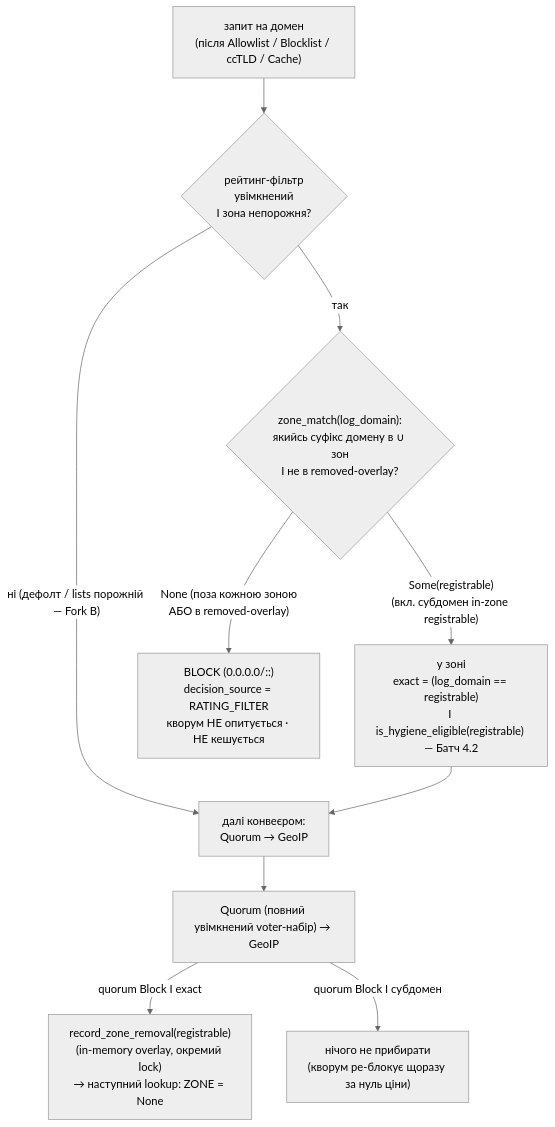
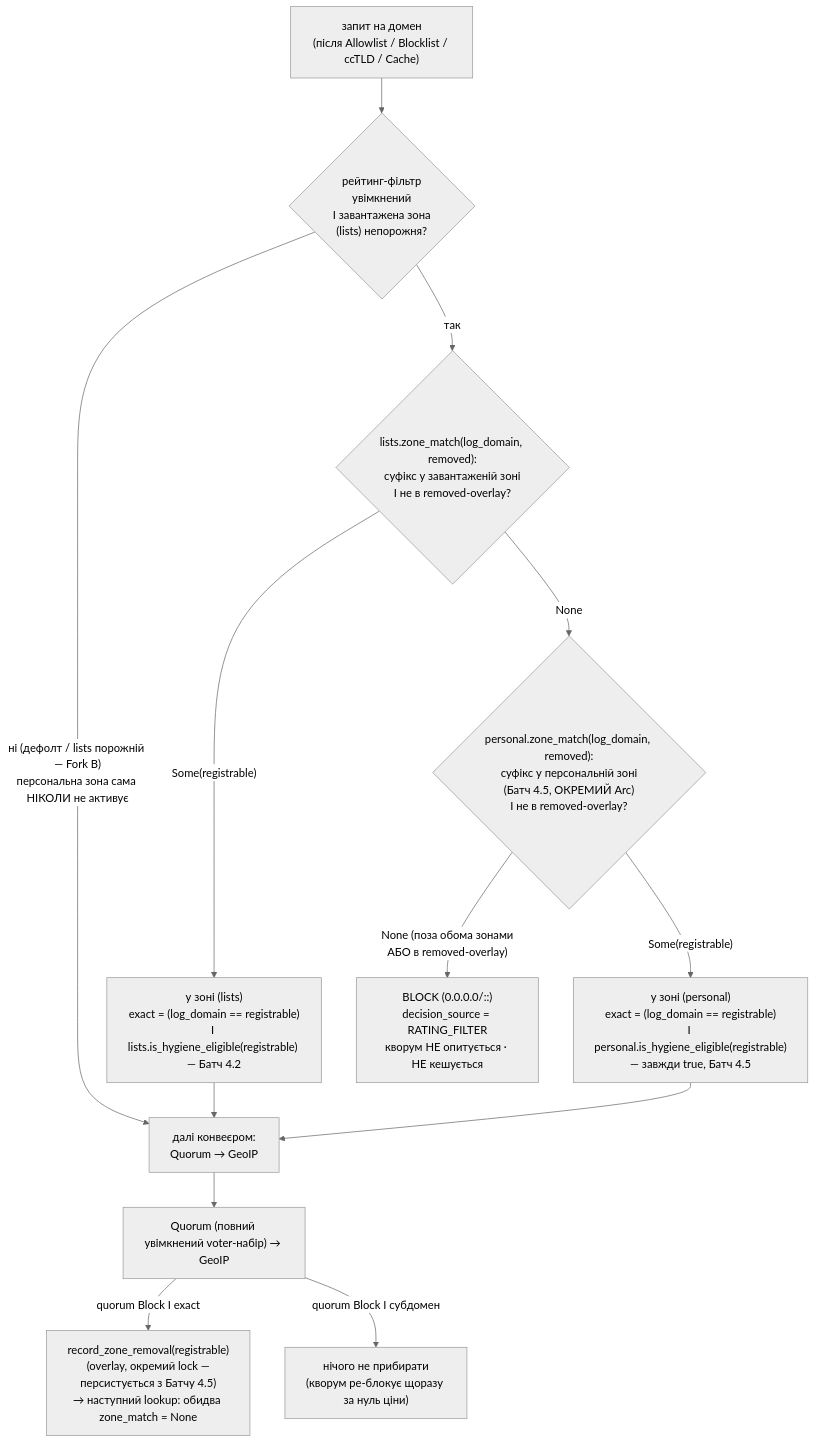
The diagram in diagrams/rating-filter.md (user137/dns-quorum-filter), drawn with Mermaid (neutral theme) before and after one commit. The commit also changed other lines of this file and 9 other files, not shown here.

````diff
--- a/diagrams/rating-filter.md
+++ b/diagrams/rating-filter.md
@@ -65,14 +75,18 @@
 ```mermaid
 flowchart TD
-    Q["запит на домен<br/>(після Allowlist / Blocklist / ccTLD / Cache)"] --> EN{"рейтинг-фільтр<br/>увімкнений<br/>І зона непорожня?"}
-    EN -- "ні (дефолт / lists порожній — Fork B)" --> PASS["далі конвеєром:<br/>Quorum → GeoIP"]
-    EN -- "так" --> ZONE{"zone_match(log_domain):<br/>якийсь суфікс домену в ∪ зон<br/>І не в removed-overlay?"}
+    Q["запит на домен<br/>(після Allowlist / Blocklist / ccTLD / Cache)"] --> EN{"рейтинг-фільтр<br/>увімкнений<br/>І завантажена зона<br/>(lists) непорожня?"}
+    EN -- "ні (дефолт / lists порожній — Fork B)<br/>персональна зона сама НІКОЛИ не активує" --> PASS["далі конвеєром:<br/>Quorum → GeoIP"]
+    EN -- "так" --> ZONE{"lists.zone_match(log_domain, removed):<br/>суфікс у завантаженій зоні<br/>І не в removed-overlay?"}
 
-    ZONE -- "Some(registrable)<br/>(вкл. субдомен in-zone registrable)" --> INZ["у зоні<br/>exact = (log_domain == registrable)<br/>І is_hygiene_eligible(registrable) — Батч 4.2"]
-    ZONE -- "None (поза кожною зоною<br/>АБО в removed-overlay)" --> OUT["BLOCK (0.0.0.0/::)<br/>decision_source = RATING_FILTER<br/>кворум НЕ опитується · НЕ кешується"]
+    ZONE -- "Some(registrable)" --> INZ1["у зоні (lists)<br/>exact = (log_domain == registrable)<br/>І lists.is_hygiene_eligible(registrable) — Батч 4.2"]
+    ZONE -- "None" --> PZONE{"personal.zone_match(log_domain, removed):<br/>суфікс у персональній зоні<br/>(Батч 4.5, ОКРЕМИЙ Arc)<br/>І не в removed-overlay?"}
 
-    INZ --> PASS
+    PZONE -- "Some(registrable)" --> INZ2["у зоні (personal)<br/>exact = (log_domain == registrable)<br/>І personal.is_hygiene_eligible(registrable)<br/>— завжди true, Батч 4.5"]
+    PZONE -- "None (поза обома зонами<br/>АБО в removed-overlay)" --> OUT["BLOCK (0.0.0.0/::)<br/>decision_source = RATING_FILTER<br/>кворум НЕ опитується · НЕ кешується"]
+
+    INZ1 --> PASS
+    INZ2 --> PASS
     PASS --> QUORUM["Quorum (повний увімкнений voter-набір) → GeoIP"]
-    QUORUM -- "quorum Block І exact" --> RM["record_zone_removal(registrable)<br/>(in-memory overlay, окремий lock)<br/>→ наступний lookup: ZONE = None"]
+    QUORUM -- "quorum Block І exact" --> RM["record_zone_removal(registrable)<br/>(overlay, окремий lock —<br/>персистується з Батчу 4.5)<br/>→ наступний lookup: обидва zone_match = None"]
     QUORUM -- "quorum Block І субдомен" --> NOOP["нічого не прибирати<br/>(кворум ре-блокує щоразу за нуль ціни)"]
 ```
````
